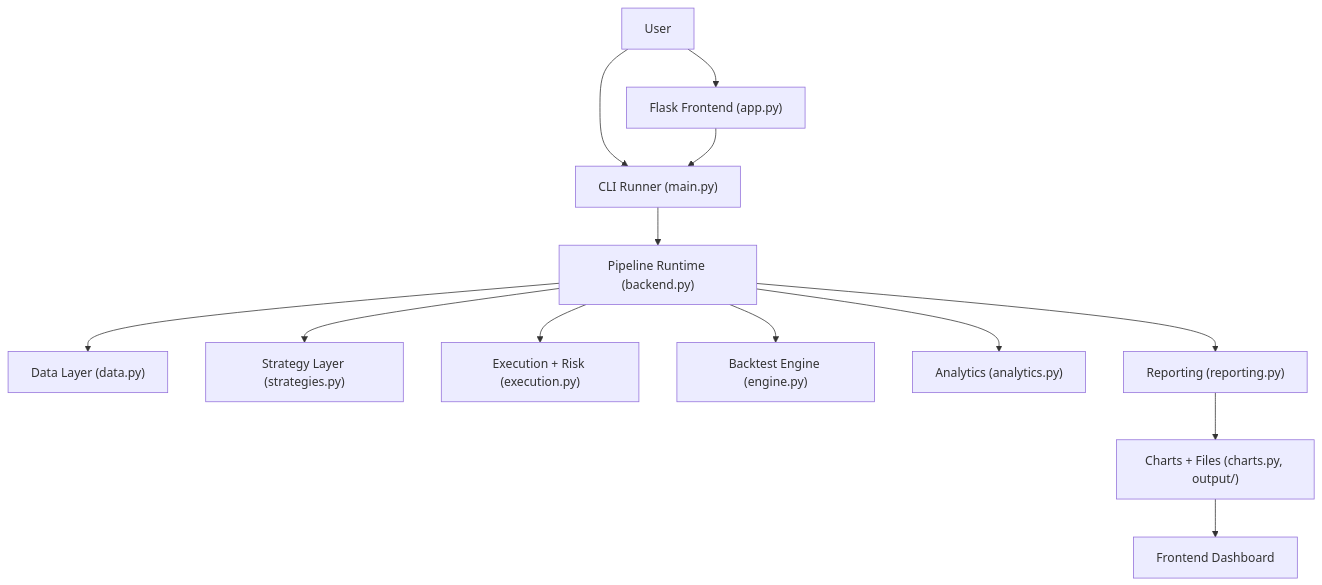
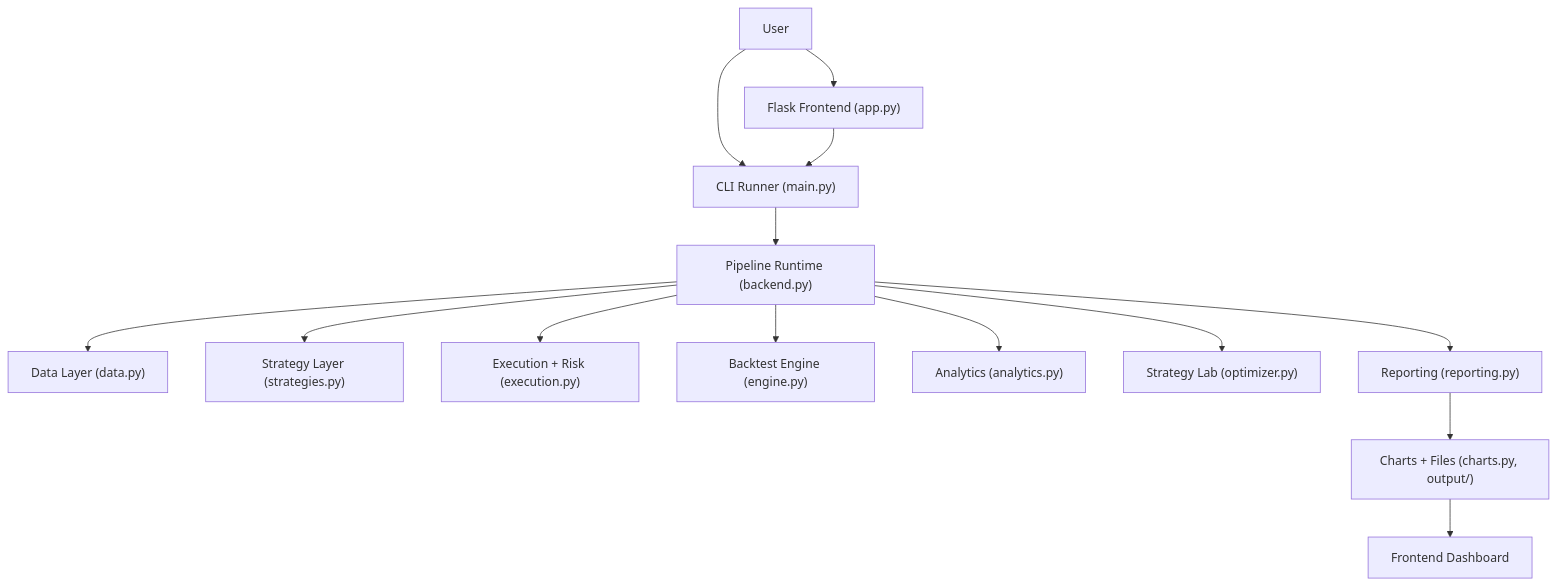
One commit to HimanshuxAI/Algorithmic-Backtesting-Engine changed the first of 2 diagrams in README.md. Above: the diagram before and after it, drawn with Mermaid. The commit also changed other lines of this file and 11 other files, not shown here.

````diff
--- a/README.md
+++ b/README.md
@@ -45,17 +48,18 @@
 ```mermaid
 flowchart TD
     A["User"] --> B["Flask Frontend (app.py)"]
     A --> C["CLI Runner (main.py)"]
 
     B --> C
     C --> D["Pipeline Runtime (backend.py)"]
     D --> E["Data Layer (data.py)"]
     D --> F["Strategy Layer (strategies.py)"]
     D --> G["Execution + Risk (execution.py)"]
     D --> H["Backtest Engine (engine.py)"]
     D --> I["Analytics (analytics.py)"]
-    D --> J["Reporting (reporting.py)"]
-    J --> K["Charts + Files (charts.py, output/)"]
+    D --> J["Strategy Lab (optimizer.py)"]
+    D --> K["Reporting (reporting.py)"]
+    K --> L["Charts + Files (charts.py, output/)"]
 
-    K --> L["Frontend Dashboard"]
+    L --> M["Frontend Dashboard"]
 ```
````
